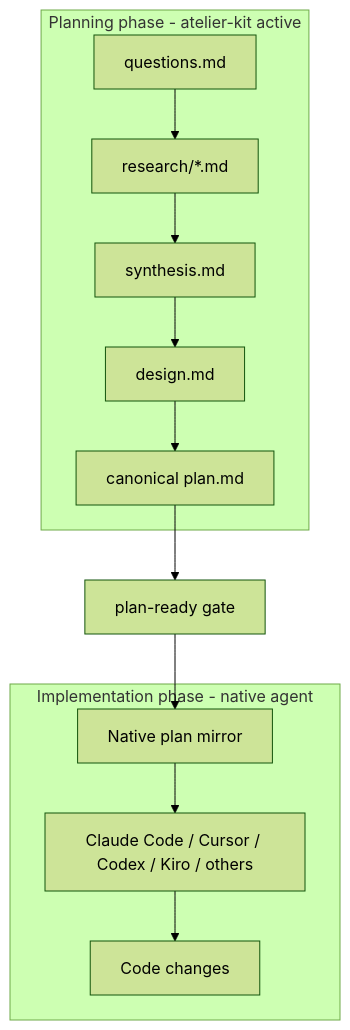
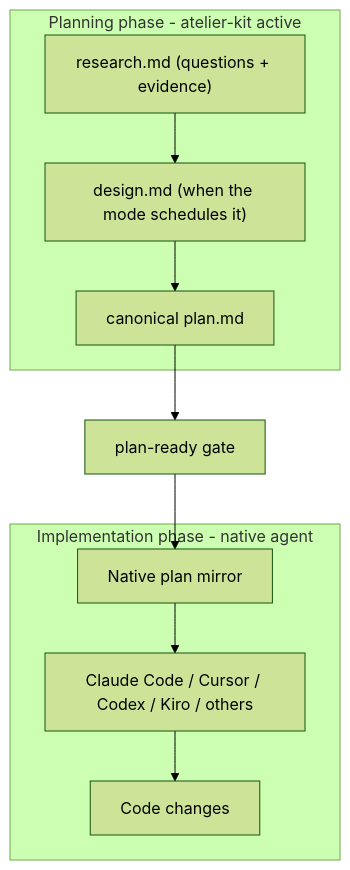
One commit to atelier-kit/atelier-kit changed the third of 17 diagrams in atelier-kit-manifesto.md. Above: the diagram before and after it, drawn with Mermaid (forest theme). The commit also changed other lines of this file and 39 other files, not shown here.

````diff
--- a/atelier-kit-manifesto.md
+++ b/atelier-kit-manifesto.md
@@ -90,21 +90,19 @@
 ```mermaid
 flowchart TB
     subgraph Planning["Planning phase - atelier-kit active"]
-        Q[questions.md]
-        R[research/*.md]
-        S[synthesis.md]
-        D[design.md]
+        R["research.md (questions + evidence)"]
+        D["design.md (when the mode schedules it)"]
         P[canonical plan.md]
     end
 
     subgraph Implementation["Implementation phase - native agent"]
         M[Native plan mirror]
         A[Claude Code / Cursor / Codex / Kiro / others]
         Code[Code changes]
     end
 
-    Q --> R --> S --> D --> P
+    R --> D --> P
     P --> Gate[plan-ready gate]
     Gate --> M
     M --> A --> Code
 ```
````
